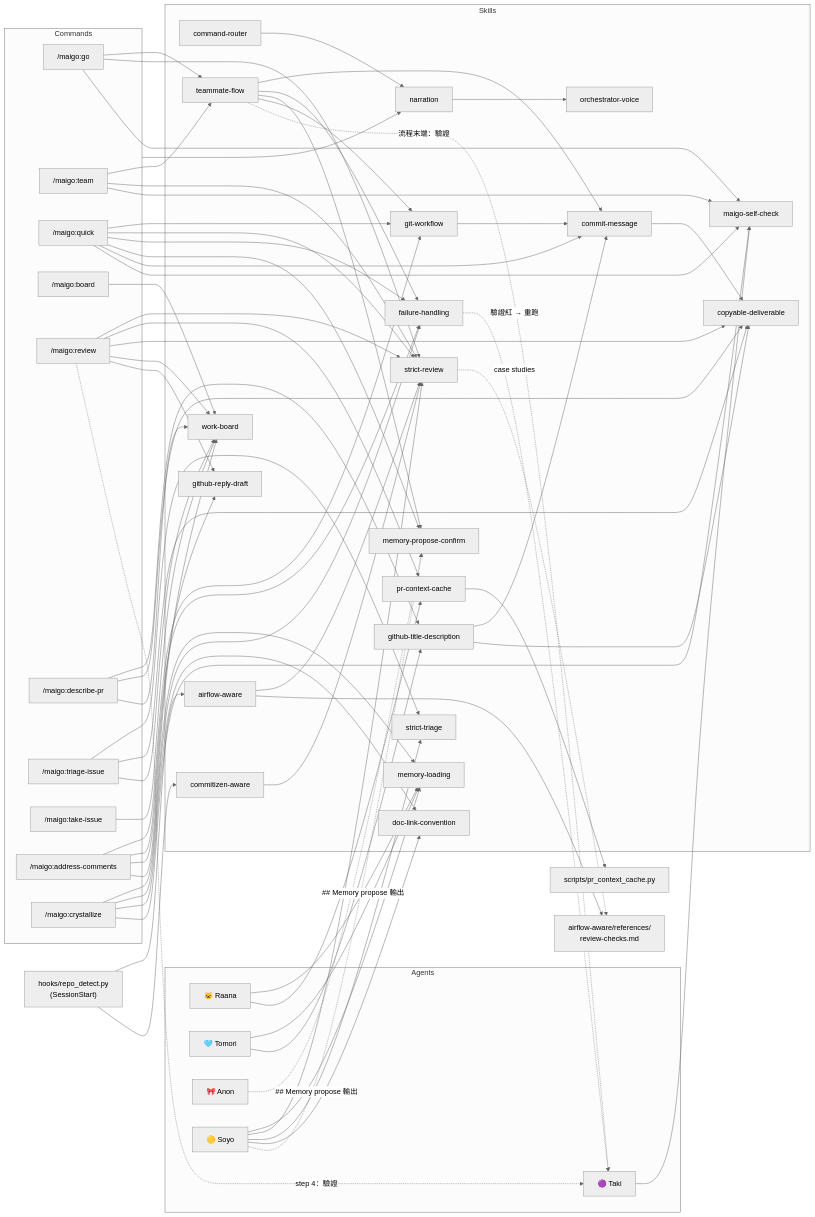
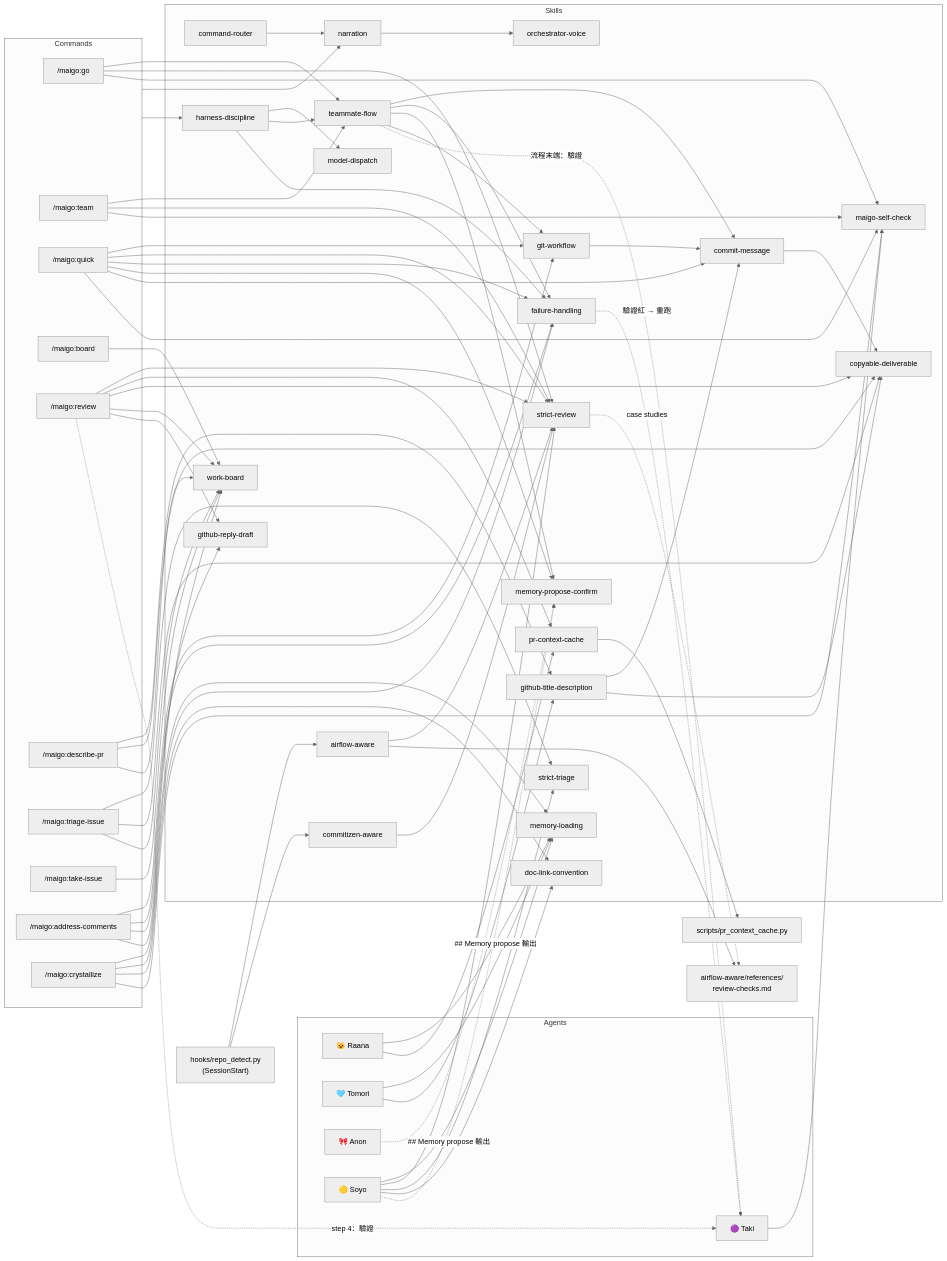
One commit to Lee-W/maigo changed the diagram in docs/reference/skills.md. Above: the diagram before and after it, drawn with Mermaid (neutral theme). The commit also changed other lines of this file and 9 other files, not shown here.

First line of the commit message:
feat(skills): add model-dispatch and harness-discipline skills

```diff
--- a/docs/reference/skills.md
+++ b/docs/reference/skills.md
@@ -105,6 +107,8 @@
         github_reply_draft["github-reply-draft"]
         git_workflow["git-workflow"]
         work_board["work-board"]
+        model_dispatch["model-dispatch"]
+        harness_discipline["harness-discipline"]
     end
 
     airflow_refs["airflow-aware/references/<br/>review-checks.md"]
@@ -113,6 +117,10 @@
     Commands --> narration_s
     command_router --> narration_s
     narration_s --> orchestrator_voice
+    Commands --> harness_discipline
+    harness_discipline --> model_dispatch
+    harness_discipline --> teammate_flow
+    harness_discipline --> failure_handling
 
     go --> teammate_flow
     team --> teammate_flow
```
